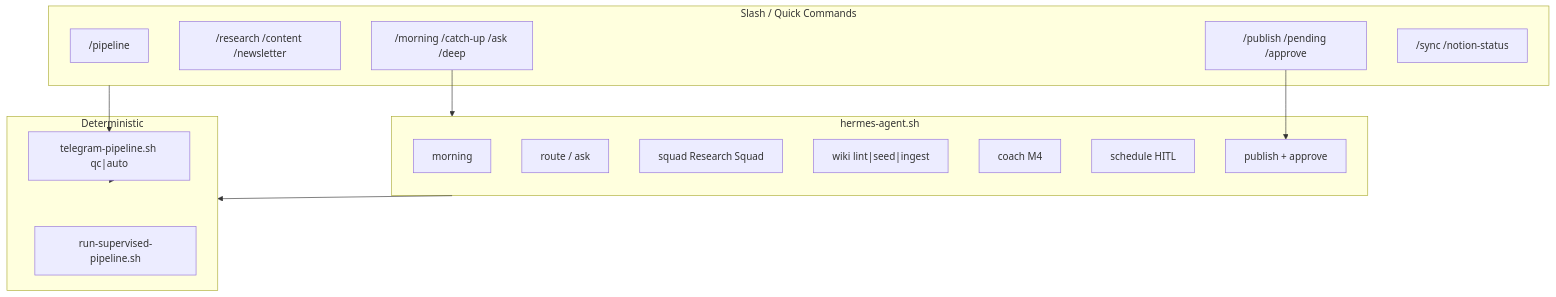
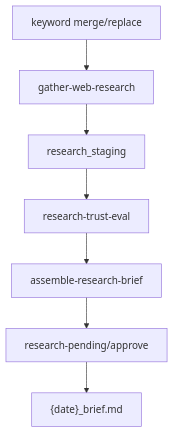
The fourth of 4 diagrams in docs/architecture/SYSTEM-LOGIC.md (saewookkangboy/Hermes_Harness_dailybrief), drawn with Mermaid before and after one commit. The commit also changed other lines of this file and 11 other files, not shown here.

First line of the commit message:
docs: record v2.1 system logic (graph/token/playbook) and F1–F4 details.

````diff
--- a/docs/architecture/SYSTEM-LOGIC.md
+++ b/docs/architecture/SYSTEM-LOGIC.md
@@ -187,31 +133,9 @@
 ```mermaid
 flowchart TB
-  subgraph Slash["Slash / Quick Commands"]
-    P["/pipeline"]
-    R["/research /content /newsletter"]
-    I["/morning /catch-up /ask /deep"]
-    H["/publish /pending /approve"]
-    O["/sync /notion-status"]
-  end
-
-  subgraph Agent["hermes-agent.sh"]
-    MOR["morning"]
-    RT["route / ask"]
-    SQ["squad Research Squad"]
-    WK["wiki lint|seed|ingest"]
-    CO["coach M4"]
-    SC["schedule HITL"]
-    PB["publish + approve"]
-  end
-
-  subgraph Pipe["Deterministic"]
-    TPS["telegram-pipeline.sh qc|auto"]
-    SUP["run-supervised-pipeline.sh"]
-  end
-
-  Slash --> TPS
-  TPS --> Pipe
-  I --> Agent
-  Agent --> Pipe
-  H --> PB
+  KW["keyword merge/replace"] --> GATHER["gather-web-research"]
+  GATHER --> STAGE["research_staging"]
+  STAGE --> TRUST["research-trust-eval"]
+  TRUST --> ASSEMBLE["assemble-research-brief"]
+  ASSEMBLE --> PENDING["research-pending/approve"]
+  PENDING --> BRIEF["{date}_brief.md"]
 ```
````
